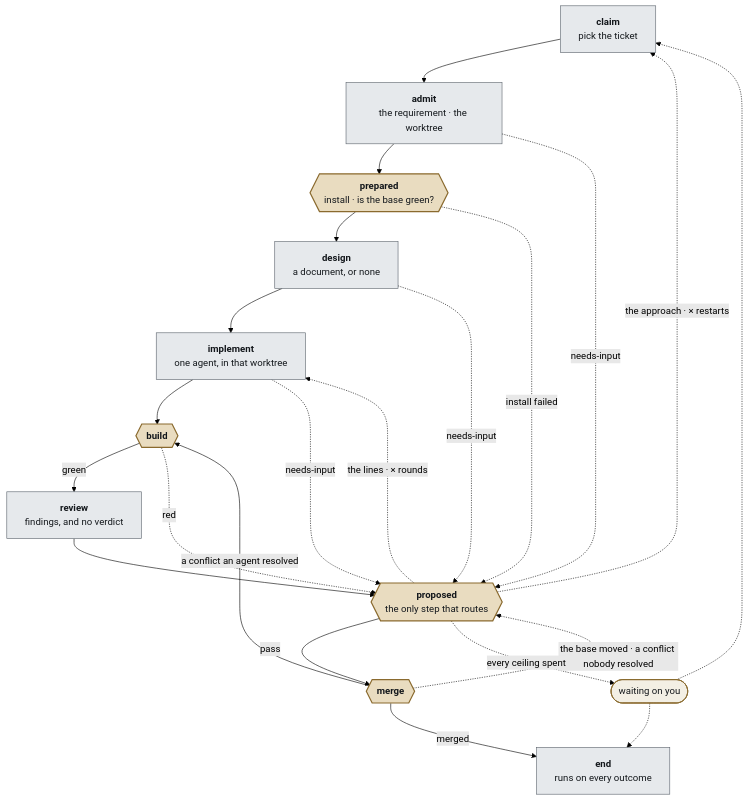
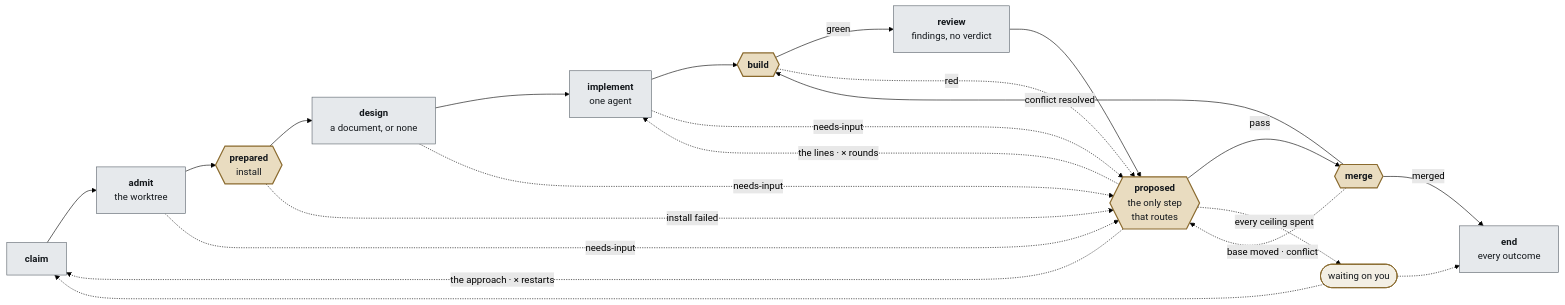
Before and after one commit to steven-zhc/lingtai: the diagram in doc/decisions/0058-lingtai-is-a-development-pipeline.md, drawn with Mermaid (forest theme).

Commit message:
0058: the drawing reads left to right, so the fan-in to proposed stops crossing the spine
Claude-Session: https://claude.ai/code/session_0117TacqJzPfdv8RhKVhVskm

````diff
--- a/doc/decisions/0058-lingtai-is-a-development-pipeline.md
+++ b/doc/decisions/0058-lingtai-is-a-development-pipeline.md
@@ -209,43 +209,39 @@
 ```mermaid
-flowchart TB
-  CL["<b>claim</b><br/>pick the ticket"]
-  AD["<b>admit</b><br/>the requirement · the worktree"]
-  PR{{"<b>prepared</b><br/>install · is the base green?"}}
+flowchart LR
+  CL["<b>claim</b>"]
+  AD["<b>admit</b><br/>the worktree"]
+  PR{{"<b>prepared</b><br/>install"}}
   DS["<b>design</b><br/>a document, or none"]
-  IM["<b>implement</b><br/>one agent, in that worktree"]
+  IM["<b>implement</b><br/>one agent"]
   BU{{"<b>build</b>"}}
-  RV["<b>review</b><br/>findings, and no verdict"]
-  PO{{"<b>proposed</b><br/>the only step that routes"}}
+  RV["<b>review</b><br/>findings, no verdict"]
+  PO{{"<b>proposed</b><br/>the only step<br/>that routes"}}
   MG{{"<b>merge</b>"}}
-  EN["<b>end</b><br/>runs on every outcome"]
+  EN["<b>end</b><br/>every outcome"]
   WA(["waiting on you"])
 
-  %% the way through
   CL --> AD --> PR --> DS --> IM --> BU
   BU -->|green| RV --> PO
-  PO -->|pass| MG
-  MG -->|merged| EN
+  PO -->|pass| MG -->|merged| EN
 
-  %% everything that did not simply pass
   AD -.->|needs-input| PO
   PR -.->|"install failed"| PO
   DS -.->|needs-input| PO
   IM -.->|needs-input| PO
   BU -.->|red| PO
-  MG -.->|"the base moved · a conflict nobody resolved"| PO
+  MG -.->|"base moved · conflict"| PO
+  MG -->|"conflict resolved"| BU
 
-  %% and what proposed does with it
-  MG -->|"a conflict an agent resolved"| BU
   PO -.->|"the lines · × rounds"| IM
   PO -.->|"the approach · × restarts"| CL
   PO -.->|"every ceiling spent"| WA
   WA -.-> CL
   WA -.-> EN
 
   classDef gate fill:#e9dcc0,stroke:#8a6a2e,stroke-width:2px,color:#14181c;
   classDef core fill:#e6e9ec,stroke:#5c646d,color:#14181c;
   classDef back fill:#f3efe4,stroke:#8a6a2e,stroke-width:1.5px,color:#14181c;
   class PR,BU,PO,MG gate;
   class CL,AD,DS,IM,RV,EN core;
   class WA back;
 ```
````
